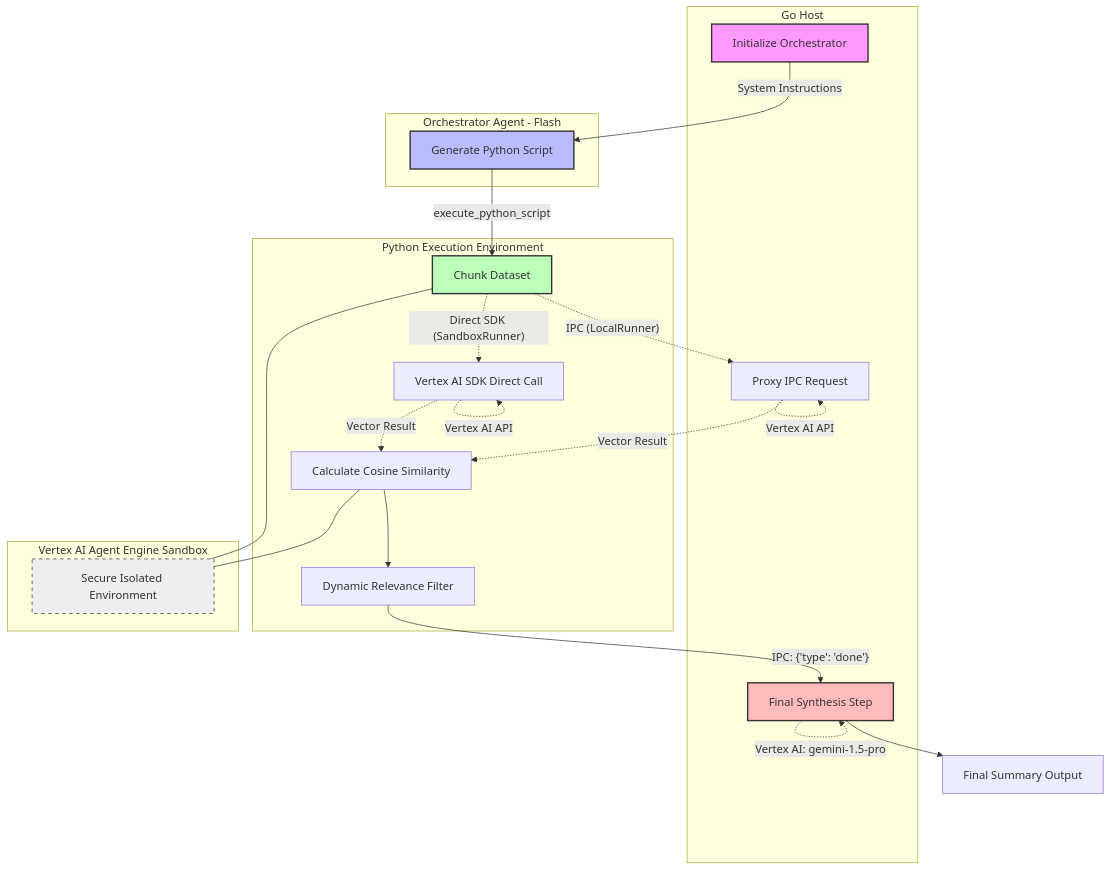
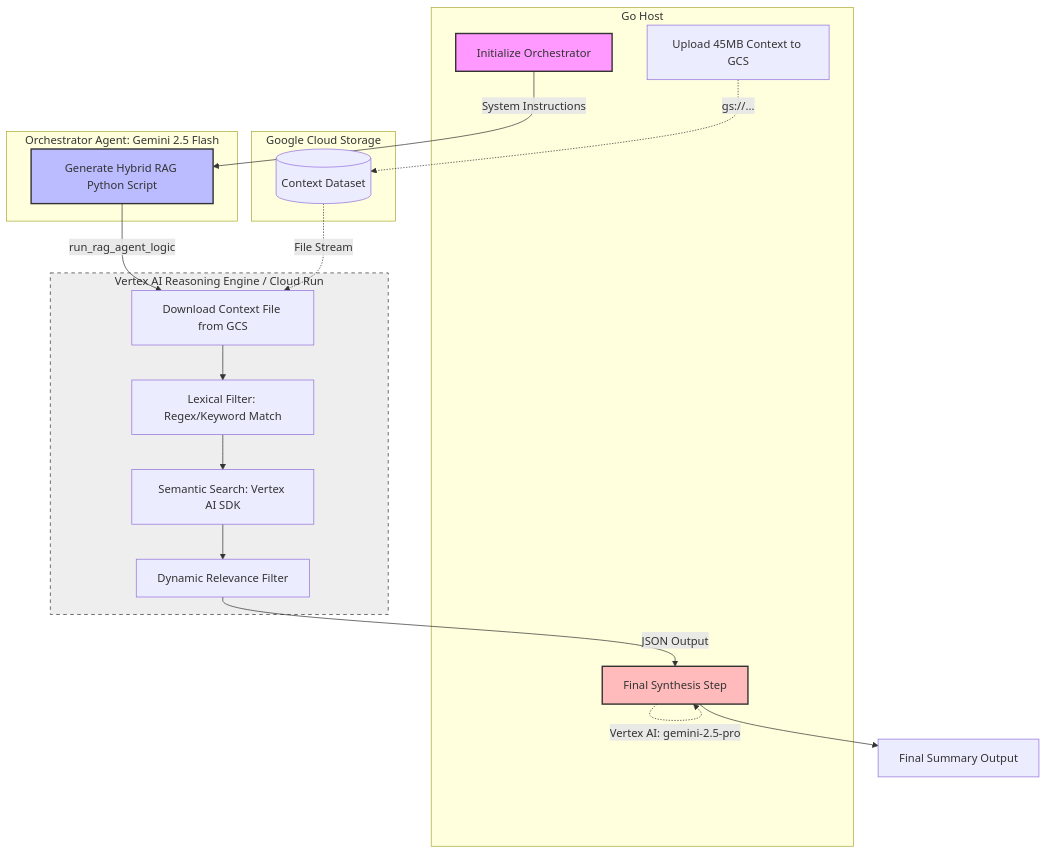
The diagram in WORKFLOW.md (iuriikogan/code-sandbox-repl-rag), drawn with Mermaid before and after one commit. The commit also changed other lines of this file and 23 other files, not shown here.

Commit message:
update orchestrator logic

````diff
--- a/WORKFLOW.md
+++ b/WORKFLOW.md
@@ -5,53 +5,45 @@
 ```mermaid
 graph TD
     %% Roles and Definitions
     subgraph GoHost [Go Host]
         A[Initialize Orchestrator]
-        E[Proxy IPC Request]
+        B[Upload 45MB Context to GCS]
         G[Final Synthesis Step]
     end
 
-    subgraph Orchestrator [Orchestrator Agent - Flash]
-        B[Generate Python Script]
+    subgraph Orchestrator [Orchestrator Agent: Gemini 2.5 Flash]
+        C[Generate Hybrid RAG Python Script]
     end
 
-    subgraph PythonExecution [Python Execution Environment]
-        C[Chunk Dataset]
-        D[Calculate Cosine Similarity]
-        F[Dynamic Relevance Filter]
-        I[Vertex AI SDK Direct Call]
+    subgraph GoogleCloudStorage [Google Cloud Storage]
+        H[(Context Dataset)]
     end
 
-    subgraph VertexSandbox [Vertex AI Agent Engine Sandbox]
-        J[Secure Isolated Environment]
+    subgraph VertexReasoningEngine [Vertex AI Reasoning Engine / Cloud Run]
+        D[Download Context File from GCS]
+        E[Lexical Filter: Regex/Keyword Match]
+        F[Semantic Search: Vertex AI SDK]
+        I[Dynamic Relevance Filter]
     end
 
     %% Flow
-    A -->|System Instructions| B
-    B -->|execute_python_script| C
+    A -->|System Instructions| C
+    B -.->|gs://...| H
     
-    %% Local Path
-    C -.->|"IPC (LocalRunner)"| E
-    E -.->|Vertex AI API| E
-    E -.->|"Vector Result"| D
-
-    %% Sandbox Path
-    C -.->|"Direct SDK (SandboxRunner)"| I
-    I -.->|Vertex AI API| I
-    I -.->|"Vector Result"| D
+    C -->|run_rag_agent_logic| D
+    D --> E
+    E --> F
+    F --> I
     
-    C --- J
-    D --- J
+    H -.->|File Stream| D
     
-    D --> F
-    F -->|"IPC: {'type': 'done'}"| G
-    G -.->|Vertex AI: gemini-1.5-pro| G
-    G --> H[Final Summary Output]
+    I -->|JSON Output| G
+    G -.->|Vertex AI: gemini-2.5-pro| G
+    G --> K[Final Summary Output]
 
     %% Styling
     style A fill:#f9f,stroke:#333,stroke-width:2px
-    style B fill:#bbf,stroke:#333,stroke-width:2px
-    style C fill:#bfb,stroke:#333,stroke-width:2px
+    style C fill:#bbf,stroke:#333,stroke-width:2px
+    style VertexReasoningEngine fill:#eee,stroke:#333,stroke-dasharray: 5 5
     style G fill:#fbb,stroke:#333,stroke-width:2px
-    style J fill:#eee,stroke:#333,stroke-dasharray: 5 5
 ```
````
